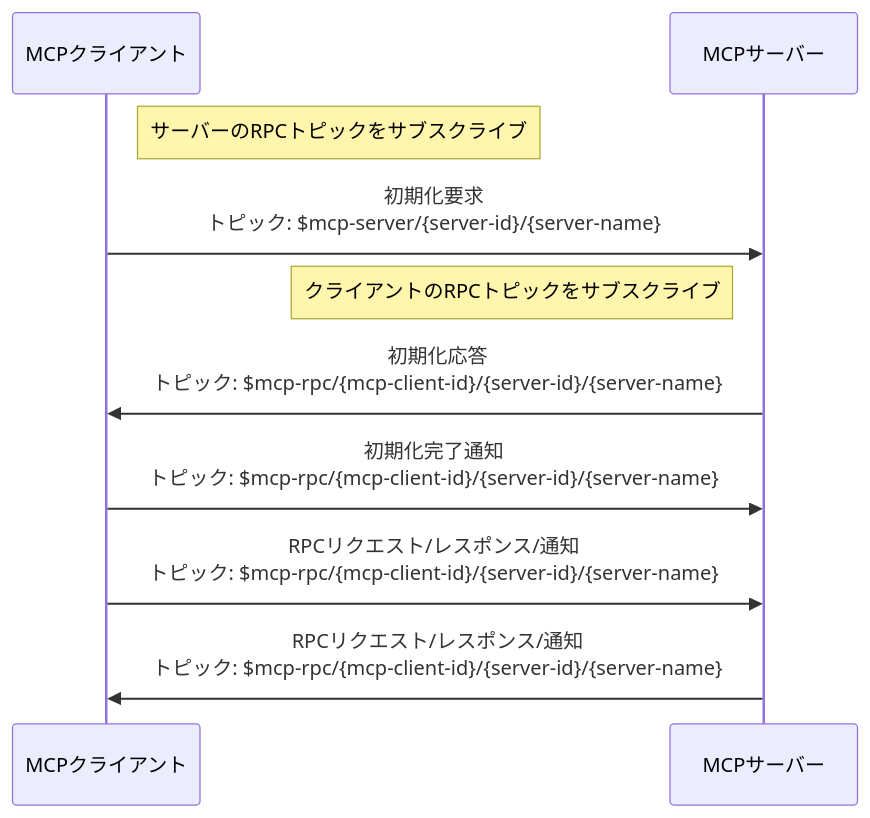
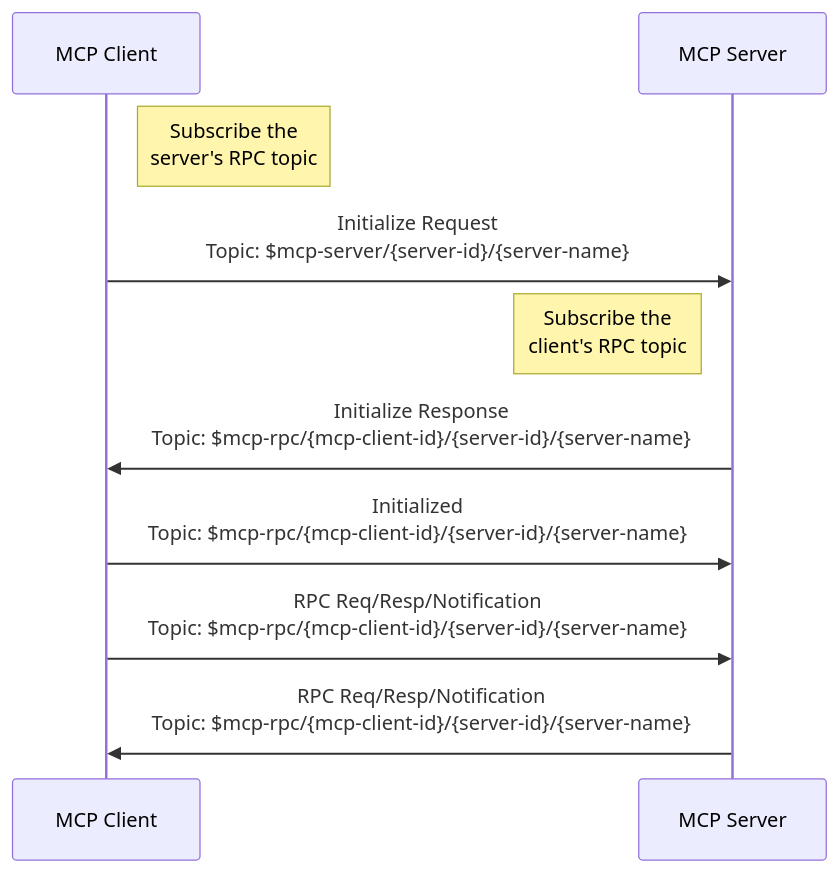
The second of 4 diagrams in ja_JP/develop/emqx-ai/mcp-over-mqtt/specification.md (emqx/emqx-docs), drawn with Mermaid before and after one commit. The commit also changed other lines of this file and 425 other files, not shown here.

````diff
--- a/ja_JP/develop/emqx-ai/mcp-over-mqtt/specification.md
+++ b/ja_JP/develop/emqx-ai/mcp-over-mqtt/specification.md
@@ -239,13 +239,13 @@
 ```mermaid
 sequenceDiagram
-  participant MCP_Client as MCPクライアント
-  participant MCP_Server as MCPサーバー
+  participant MCP_Client as MCP Client
+  participant MCP_Server as MCP Server
 
-  Note right of MCP_Client: サーバーのRPCトピックをサブスクライブ
-  MCP_Client ->> MCP_Server: 初期化要求<br/>トピック: $mcp-server/{server-id}/{server-name}
-  Note left of MCP_Server: クライアントのRPCトピックをサブスクライブ
-  MCP_Server ->> MCP_Client: 初期化応答<br/>トピック: $mcp-rpc/{mcp-client-id}/{server-id}/{server-name}
-  MCP_Client ->> MCP_Server: 初期化完了通知<br/>トピック: $mcp-rpc/{mcp-client-id}/{server-id}/{server-name}
-  MCP_Client ->> MCP_Server: RPCリクエスト/レスポンス/通知<br/>トピック: $mcp-rpc/{mcp-client-id}/{server-id}/{server-name}
-  MCP_Server ->> MCP_Client: RPCリクエスト/レスポンス/通知<br/>トピック: $mcp-rpc/{mcp-client-id}/{server-id}/{server-name}
+  Note right of MCP_Client: Subscribe the<br/>server's RPC topic
+  MCP_Client ->> MCP_Server: Initialize Request<br/>Topic: $mcp-server/{server-id}/{server-name}
+  Note left of MCP_Server: Subscribe the<br/>client's RPC topic
+  MCP_Server ->> MCP_Client: Initialize Response<br/>Topic: $mcp-rpc/{mcp-client-id}/{server-id}/{server-name}
+  MCP_Client ->> MCP_Server: Initialized<br/>Topic: $mcp-rpc/{mcp-client-id}/{server-id}/{server-name}
+  MCP_Client ->> MCP_Server: RPC Req/Resp/Notification<br/>Topic: $mcp-rpc/{mcp-client-id}/{server-id}/{server-name}
+  MCP_Server ->> MCP_Client: RPC Req/Resp/Notification<br/>Topic: $mcp-rpc/{mcp-client-id}/{server-id}/{server-name}
 ```
````
